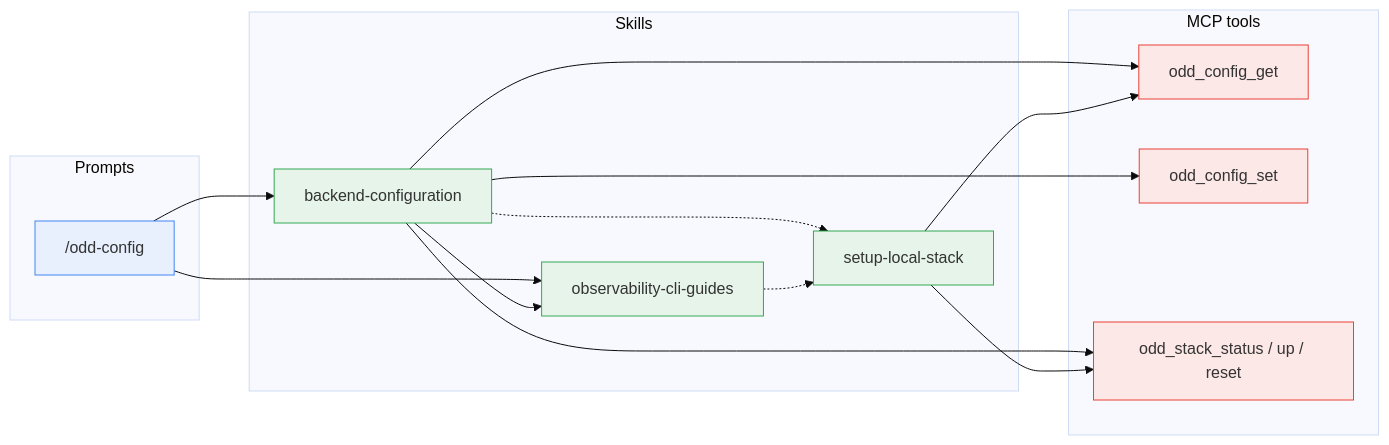
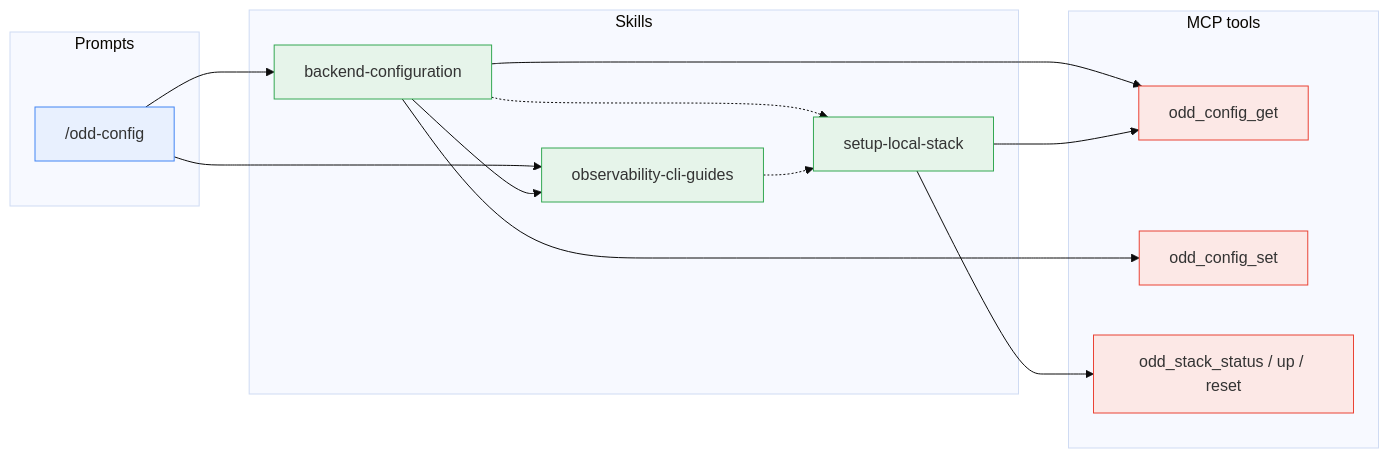
One commit to using-system/oddyssey changed the sixth of 7 diagrams in docs/guide/dependencies.md. Above: the diagram before and after it, drawn with Mermaid (base theme). The commit also changed other lines of this file and 1 other file, not shown here.

First line of the commit message:
feat(skill): backend-configuration - the check reads two sections, the map claims no stack tool

````diff
--- a/docs/guide/dependencies.md
+++ b/docs/guide/dependencies.md
@@ -360,38 +358,37 @@
 ```mermaid
 flowchart LR
   subgraph Prompts
     config["/odd-config"]
   end
 
   subgraph Skills
     bc[backend-configuration]
     ocg[observability-cli-guides]
     sls[setup-local-stack]
   end
 
   subgraph MCP["MCP tools"]
     cfgget[odd_config_get]
     cfgset[odd_config_set]
     stack[odd_stack_status / up / reset]
   end
 
   config --> bc
   config --> ocg
 
   bc --> ocg
   bc --> cfgset
 
   bc -.-> sls
   bc --> cfgget
-  bc --> stack
   ocg -.-> sls
   sls --> cfgget
   sls --> stack
 
   classDef prompt fill:#e8f0fe,stroke:#4285f4
   classDef skill fill:#e6f4ea,stroke:#34a853
   classDef mcp fill:#fce8e6,stroke:#ea4335
   class config prompt
   class bc,ocg,sls skill
   class cfgget,cfgset,stack mcp
 ```
````
